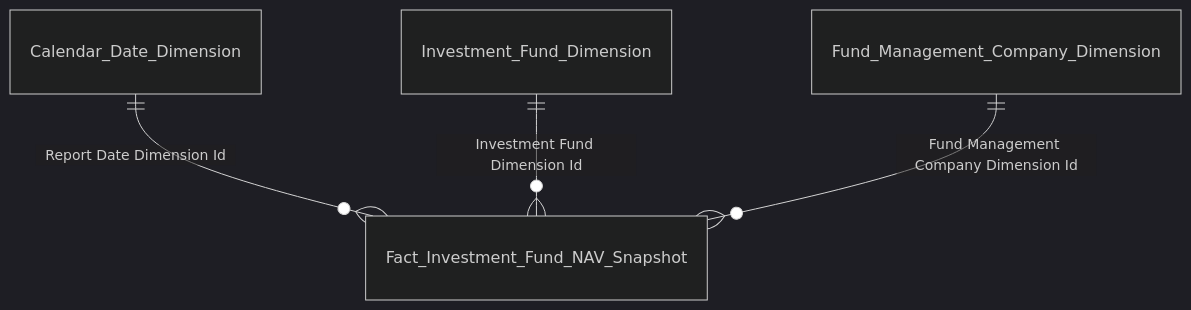
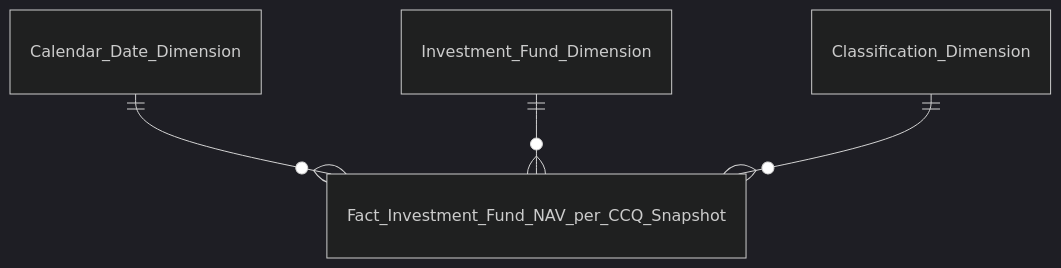
Before and after one commit to linhlvit/ubck_atomic_design: the fifth of 9 diagrams in Datamart/hld/DTM_QLQ_Entities.md, drawn with Mermaid (dark theme). The commit also changed other lines of this file and 28 other files, not shown here.

Commit message:
feat(qlq): add LLD detail mapping, 23 entity table schemas, update HLD, sync datamart model and attributes

````diff
--- a/Datamart/hld/DTM_QLQ_Entities.md
+++ b/Datamart/hld/DTM_QLQ_Entities.md
@@ -49,6 +96,6 @@
 ```mermaid
 erDiagram
-    Calendar_Date_Dimension ||--o{ Fact_Investment_Fund_NAV_Snapshot : "Report Date Dimension Id"
-    Investment_Fund_Dimension ||--o{ Fact_Investment_Fund_NAV_Snapshot : "Investment Fund Dimension Id"
-    Fund_Management_Company_Dimension ||--o{ Fact_Investment_Fund_NAV_Snapshot : "Fund Management Company Dimension Id"
+    Calendar_Date_Dimension ||--o{ Fact_Investment_Fund_NAV_per_CCQ_Snapshot : " "
+    Investment_Fund_Dimension ||--o{ Fact_Investment_Fund_NAV_per_CCQ_Snapshot : " "
+    Classification_Dimension ||--o{ Fact_Investment_Fund_NAV_per_CCQ_Snapshot : " "
 ```
````
